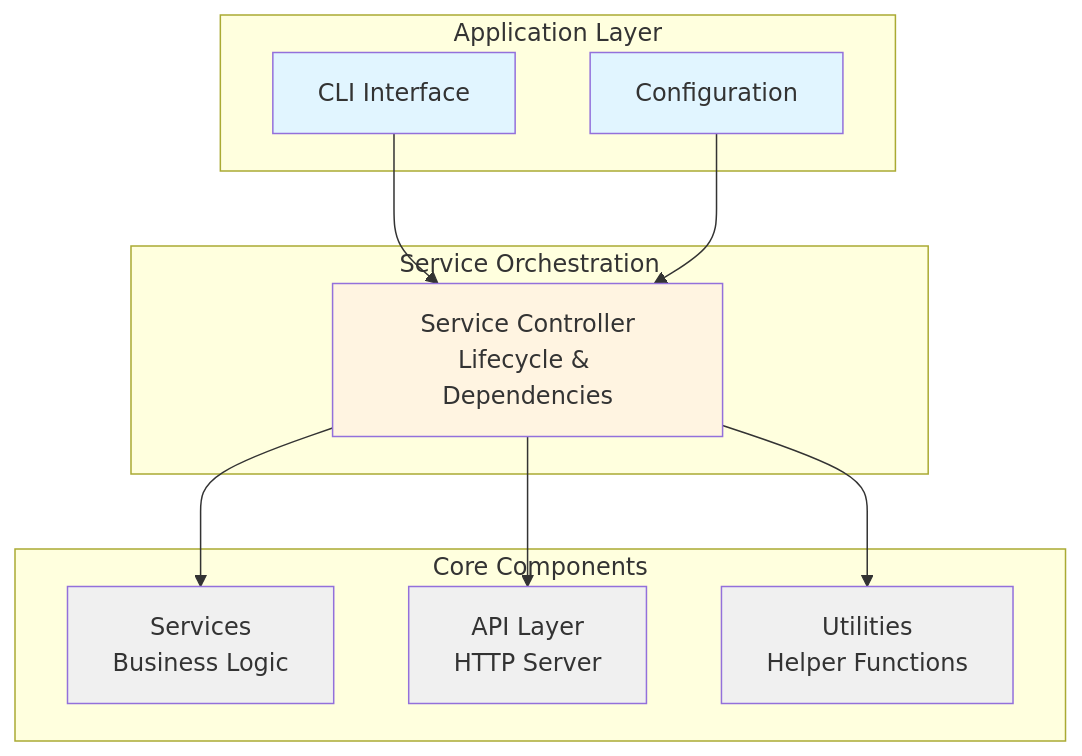
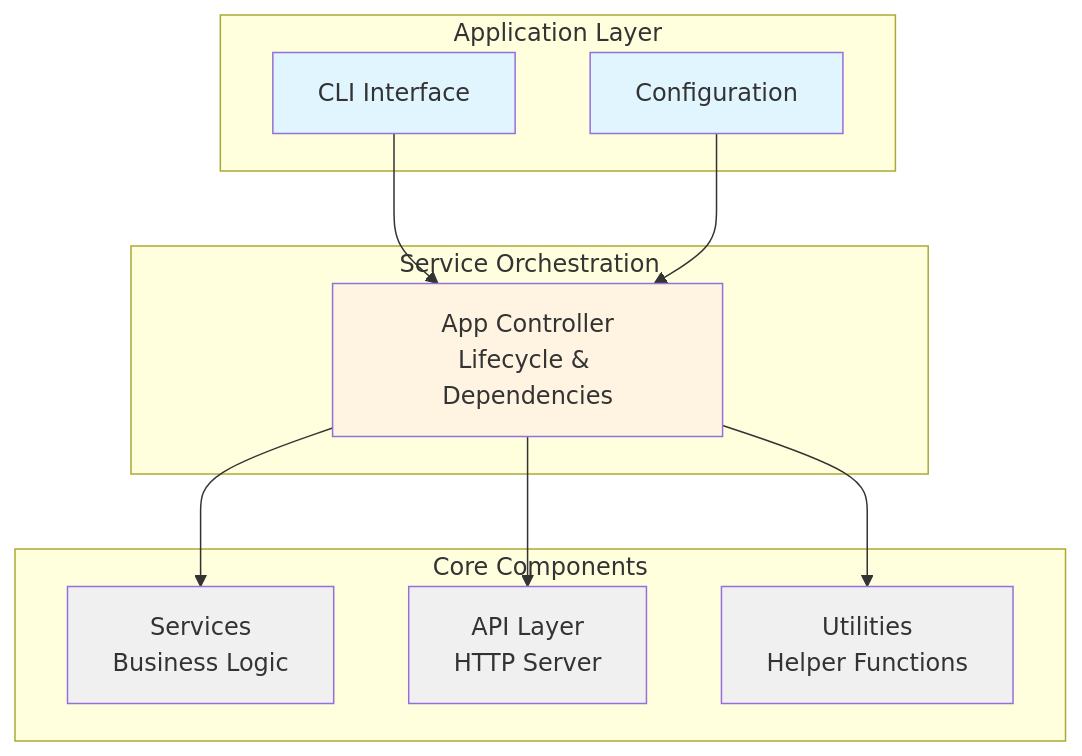
One commit to xhanio/framingo changed the first of 2 diagrams in README.md. Above: the diagram before and after it, drawn with Mermaid. The commit also changed other lines of this file and 26 other files, not shown here.

````diff
--- a/README.md
+++ b/README.md
@@ -97,30 +99,30 @@
 ```mermaid
 graph TB
     subgraph "Application Layer"
         CLI[CLI Interface]
         Config[Configuration]
     end
 
     subgraph "Service Orchestration"
-        Controller[Service Controller<br/>Lifecycle & Dependencies]
+        App[App Controller<br/>Lifecycle & Dependencies]
     end
 
     subgraph "Core Components"
         Services[Services<br/>Business Logic]
         API[API Layer<br/>HTTP Server]
         Utils[Utilities<br/>Helper Functions]
     end
 
-    CLI --> Controller
-    Config --> Controller
-    Controller --> Services
-    Controller --> API
-    Controller --> Utils
+    CLI --> App
+    Config --> App
+    App --> Services
+    App --> API
+    App --> Utils
 
     style CLI fill:#e1f5ff
     style Config fill:#e1f5ff
-    style Controller fill:#fff4e1
+    style App fill:#fff4e1
     style Services fill:#f0f0f0
     style API fill:#f0f0f0
     style Utils fill:#f0f0f0
 ```
````
